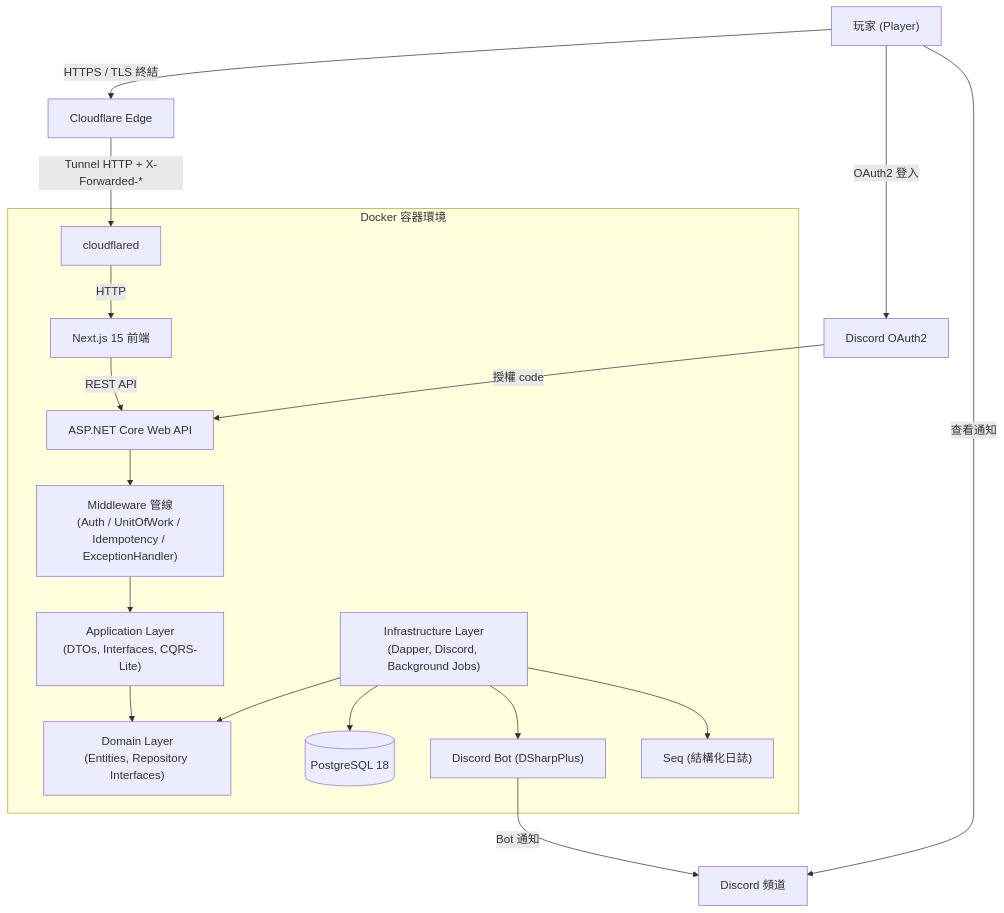
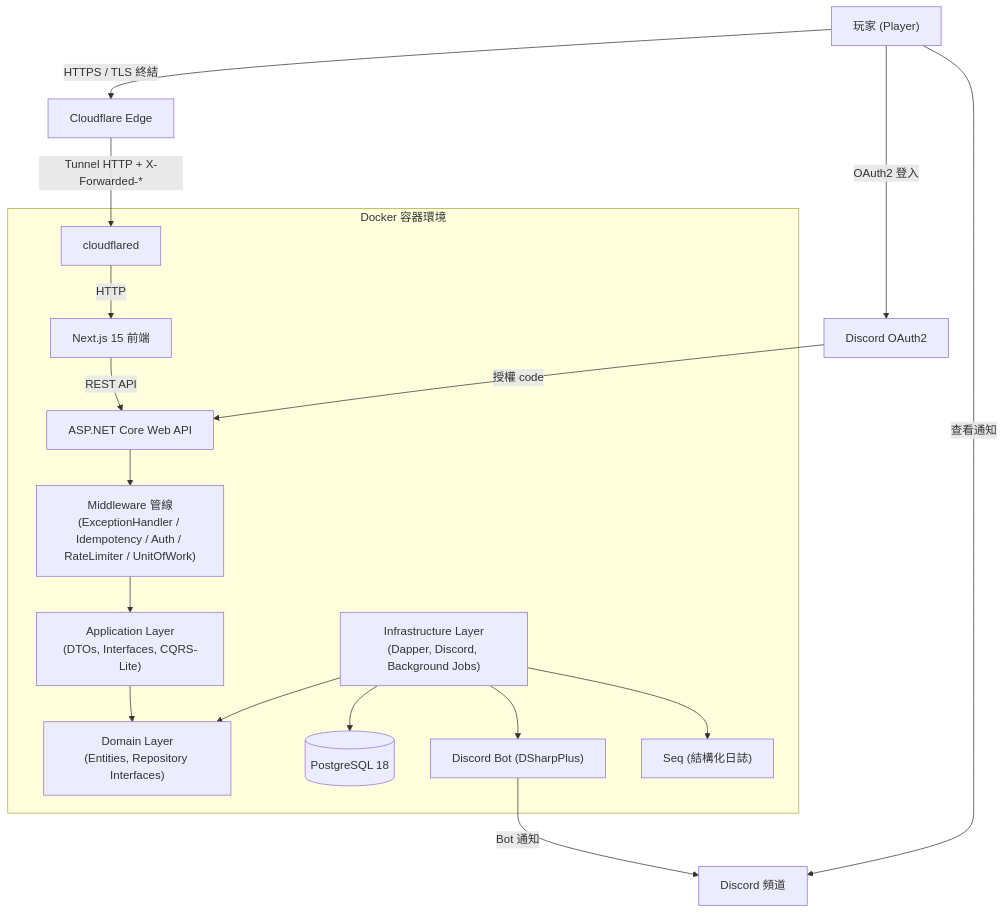
Before and after one commit to MinMiss5678/MapleStoryRaidScheduler: the first of 5 diagrams in docs/architecture.md, drawn with Mermaid. The commit also changed other lines of this file, not shown here.

Commit message:
docs: architecture.md CI/CD 段同步現況

````diff
--- a/docs/architecture.md
+++ b/docs/architecture.md
@@ -11,23 +11,23 @@
 ```mermaid
 graph TD
     User["玩家 (Player)"] -->|HTTPS / TLS 終結| Cloudflare["Cloudflare Edge"]
     Cloudflare -->|Tunnel HTTP + X-Forwarded-*| Cloudflared["cloudflared"]
 
     subgraph "Docker 容器環境"
         Cloudflared -->|HTTP| Frontend["Next.js 15 前端"]
         Frontend -->|REST API| Backend["ASP.NET Core Web API"]
-        Backend --> Middleware["Middleware 管線\n(Auth / UnitOfWork / Idempotency / ExceptionHandler)"]
+        Backend --> Middleware["Middleware 管線\n(ExceptionHandler / Idempotency / Auth / RateLimiter / UnitOfWork)"]
         Middleware --> Application["Application Layer\n(DTOs, Interfaces, CQRS-Lite)"]
         Application --> Domain["Domain Layer\n(Entities, Repository Interfaces)"]
         Infrastructure["Infrastructure Layer\n(Dapper, Discord, Background Jobs)"] --> Domain
 
         Infrastructure --> DB[("PostgreSQL 18")]
         Infrastructure --> DiscordBot["Discord Bot (DSharpPlus)"]
         Infrastructure --> Seq["Seq (結構化日誌)"]
     end
 
     DiscordBot -->|Bot 通知| DiscordChannel["Discord 頻道"]
     User -->|查看通知| DiscordChannel
     User -->|OAuth2 登入| DiscordOAuth["Discord OAuth2"]
     DiscordOAuth -->|授權 code| Backend
 ```
````
